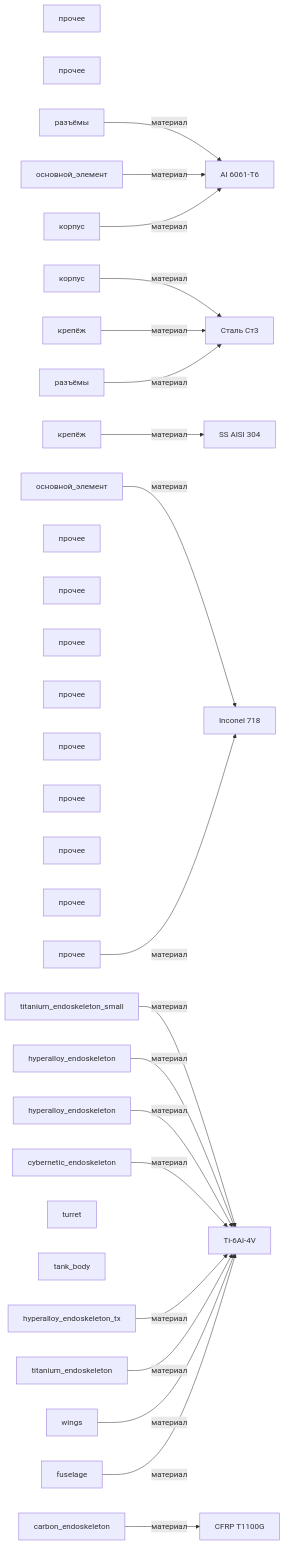
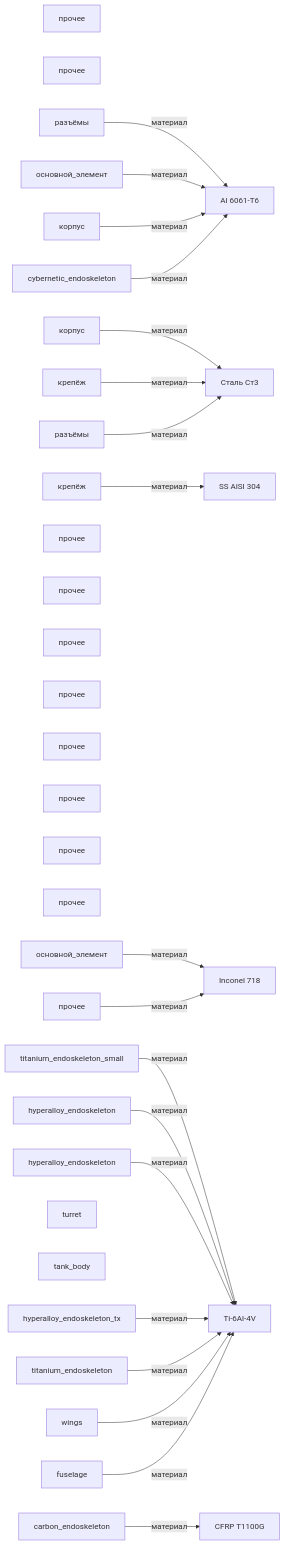
Before and after one commit to a-m-e-n-t-e-t/SkyNet: the diagram in graphs/mermaid/graph1_каркас.md, drawn with Mermaid. The commit also changed other lines of this file and 16 other files, not shown here.

````diff
--- a/graphs/mermaid/graph1_каркас.md
+++ b/graphs/mermaid/graph1_каркас.md
@@ -3,57 +3,57 @@
 ```mermaid
 graph LR
     izdelie_reshetchatyi_karkas[прочее]
     izdelie_kompensatory[прочее]
     часть_reshetchatyi_karkas_connectors[разъёмы]
     часть_reshetchatyi_karkas_housing[корпус]
     часть_reshetchatyi_karkas_core[основной_элемент]
     часть_reshetchatyi_karkas_mounting[крепёж]
     часть_kompensatory_housing[корпус]
     часть_kompensatory_mounting[крепёж]
     часть_kompensatory_connectors[разъёмы]
     часть_kompensatory_core[основной_элемент]
     izdelie_SkyNet_Cameron[прочее]
     izdelie_SkyNet_T850[прочее]
     izdelie_SkyNet_Rev9[прочее]
     izdelie_SkyNet_T800[прочее]
     izdelie_SkyNet_HKTank[прочее]
     izdelie_SkyNet_MarcusWright[прочее]
     izdelie_SkyNet_TX[прочее]
     izdelie_SkyNet_T600[прочее]
     izdelie_SkyNet_HKAerial[прочее]
     часть_cameron_эндоскелет[titanium_endoskeleton_small]
     часть_t850_эндоскелет[hyperalloy_endoskeleton]
     часть_rev9_endoskeleton[carbon_endoskeleton]
     часть_t800_эндоскелет_торс[hyperalloy_endoskeleton]
     часть_hk_tank_башня[turret]
     часть_hk_tank_корпус[tank_body]
     часть_marcus_эндоскелет[cybernetic_endoskeleton]
     часть_t_x_эндоскелет[hyperalloy_endoskeleton_tx]
     часть_t600_эндоскелет[titanium_endoskeleton]
     часть_hk_aerial_крылья[wings]
     часть_hk_aerial_фюзеляж[fuselage]
     material_al_6061_t6[Al 6061-T6]
     material_cfrp_t1100g[CFRP T1100G]
     material_inconel_718[Inconel 718]
     material_ss_aisi_304[SS AISI 304]
     material_stal_st3[Сталь Ст3]
     material_ti_6al_4v[Ti-6Al-4V]
     часть_reshetchatyi_karkas_connectors -->|материал| material_al_6061_t6
     часть_reshetchatyi_karkas_housing -->|материал| material_stal_st3
     часть_reshetchatyi_karkas_core -->|материал| material_al_6061_t6
     часть_reshetchatyi_karkas_mounting -->|материал| material_stal_st3
     часть_kompensatory_housing -->|материал| material_al_6061_t6
     часть_kompensatory_mounting -->|материал| material_ss_aisi_304
     часть_kompensatory_connectors -->|материал| material_stal_st3
     часть_kompensatory_core -->|материал| material_inconel_718
     izdelie_SkyNet_HKAerial -->|материал| material_inconel_718
     часть_cameron_эндоскелет -->|материал| material_ti_6al_4v
     часть_t850_эндоскелет -->|материал| material_ti_6al_4v
     часть_rev9_endoskeleton -->|материал| material_cfrp_t1100g
     часть_t800_эндоскелет_торс -->|материал| material_ti_6al_4v
-    часть_marcus_эндоскелет -->|материал| material_ti_6al_4v
+    часть_marcus_эндоскелет -->|материал| material_al_6061_t6
     часть_t_x_эндоскелет -->|материал| material_ti_6al_4v
     часть_t600_эндоскелет -->|материал| material_ti_6al_4v
     часть_hk_aerial_крылья -->|материал| material_ti_6al_4v
     часть_hk_aerial_фюзеляж -->|материал| material_ti_6al_4v
 ```
````
